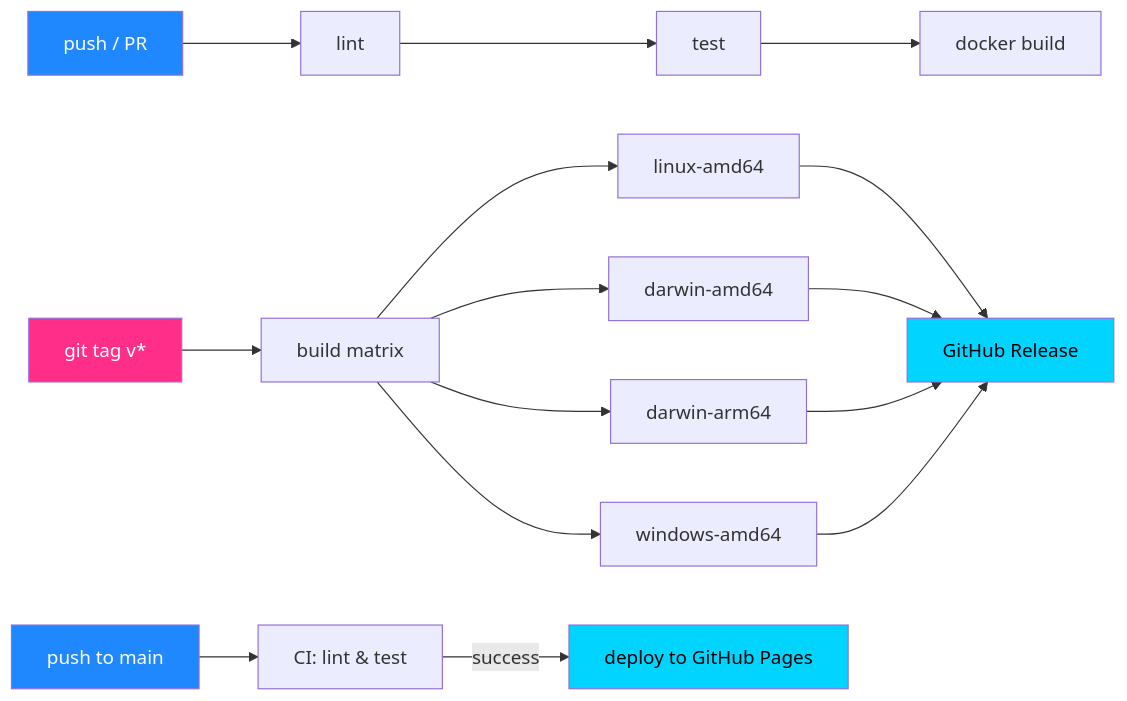
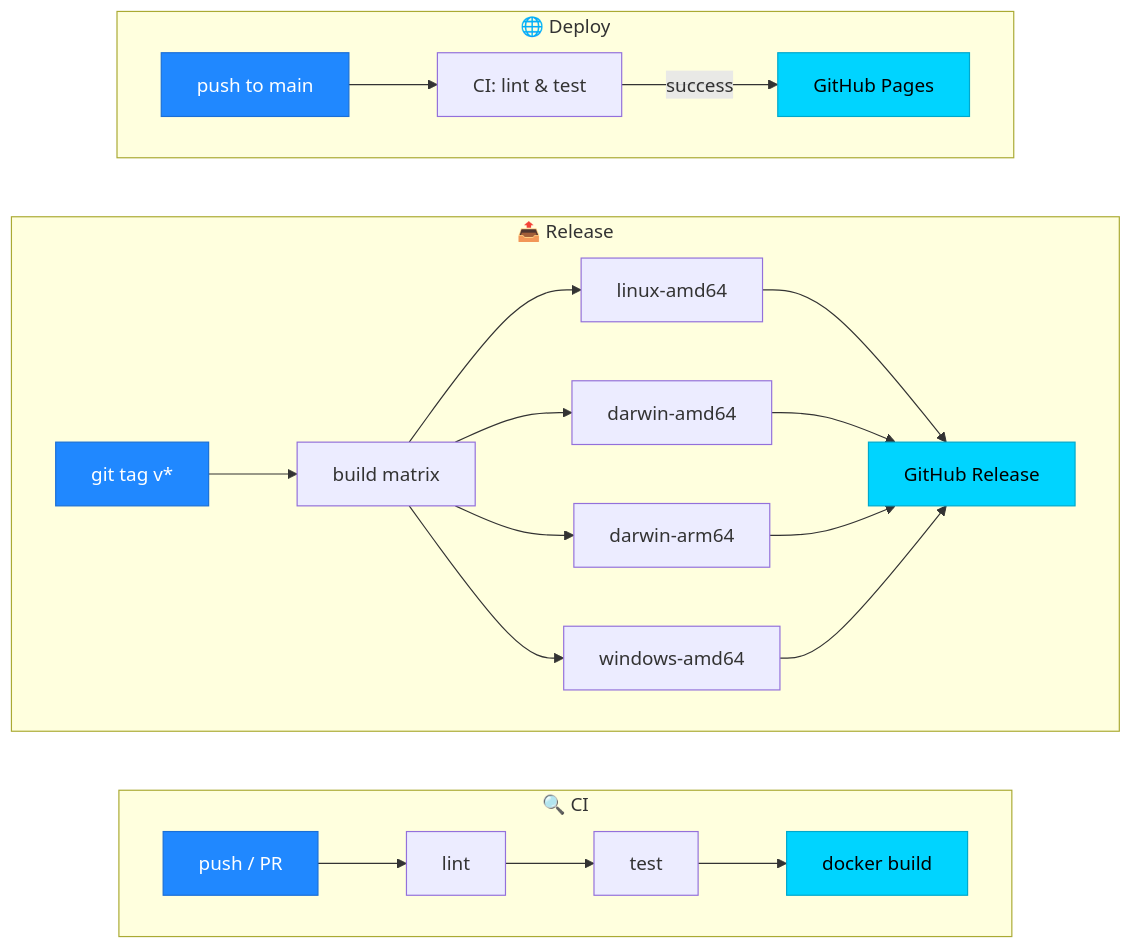
The diagram in README.md (ChrisRedfield48/CI-CD-Learning-Projects), drawn with Mermaid before and after one commit. The commit also changed other lines of this file, not shown here.

````diff
--- a/README.md
+++ b/README.md
@@ -97,25 +187,31 @@
 ```mermaid
 flowchart LR
-    A[push / PR] --> B[lint]
-    B --> C[test]
-    C --> D[docker build]
+    subgraph CI["🔍 CI"]
+        direction LR
+        A["push / PR"] --> B["lint"] --> C["test"] --> D["docker build"]
+    end
 
-    E[git tag v*] --> F[build matrix]
-    F --> G[linux-amd64]
-    F --> H[darwin-amd64]
-    F --> I[darwin-arm64]
-    F --> J[windows-amd64]
-    G --> K[GitHub Release]
-    H --> K
-    I --> K
-    J --> K
+    subgraph REL["📤 Release"]
+        direction LR
+        E["git tag v*"] --> F["build matrix"]
+        F --> G["linux-amd64"]
+        F --> H["darwin-amd64"]
+        F --> I["darwin-arm64"]
+        F --> J["windows-amd64"]
+        G --> K["GitHub Release"]
+        H --> K
+        I --> K
+        J --> K
+    end
 
-    L[push to main] --> M[CI: lint & test]
-    M -->|success| N[deploy to GitHub Pages]
+    subgraph DEP["🌐 Deploy"]
+        direction LR
+        L["push to main"] --> M["CI: lint & test"]
+        M -->|success| N["GitHub Pages"]
+    end
 
-    style A fill:#2088FF,color:#fff
-    style E fill:#ff2e88,color:#fff
-    style L fill:#2088FF,color:#fff
-    style K fill:#00d4ff,color:#000
-    style N fill:#00d4ff,color:#000
+    classDef start fill:#2088FF,stroke:#1a6fd6,color:#fff;
+    classDef done fill:#00d4ff,stroke:#00a8cc,color:#000;
+    class A,E,L start;
+    class D,K,N done;
 ```
````
